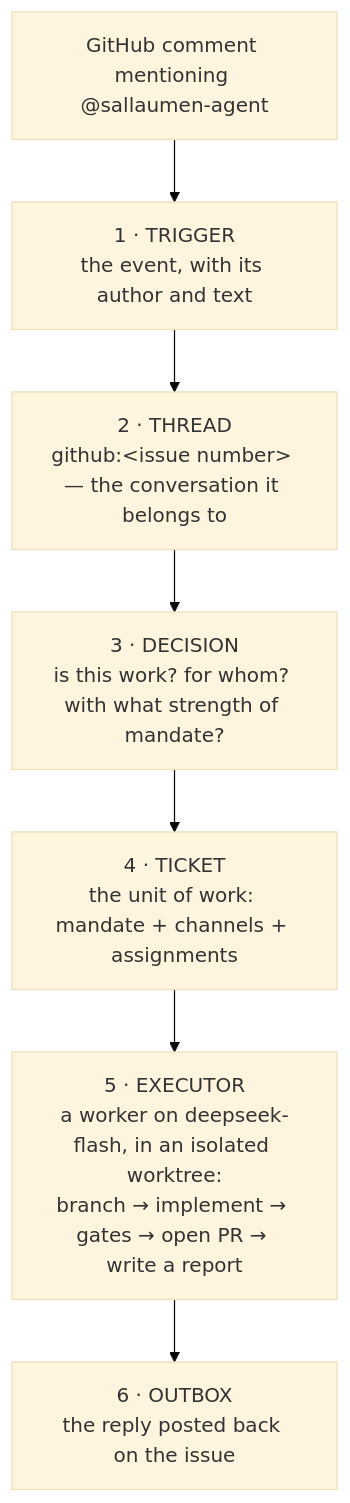
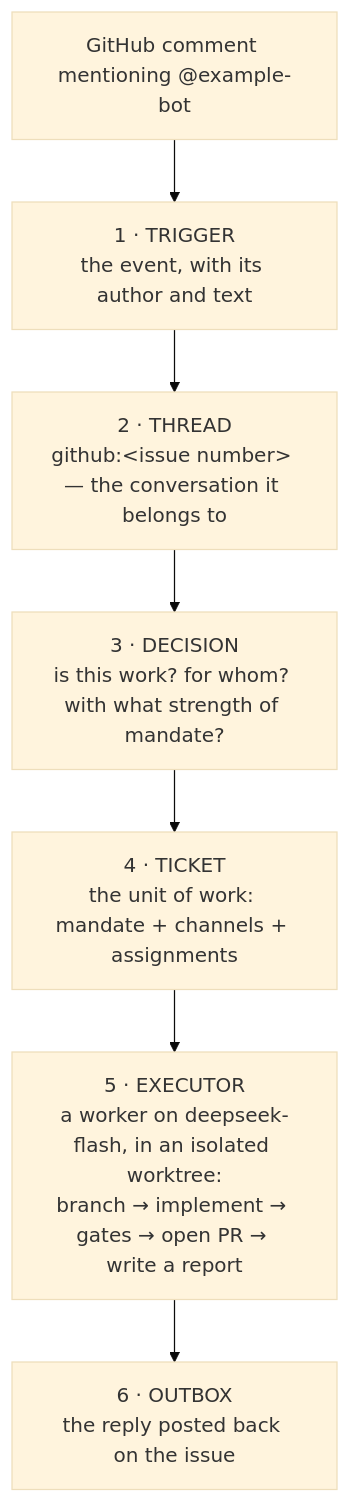
One commit to sallaumen/dsh-superagent-superboard changed the diagram in docs/agent/how-it-works.md. Above: the diagram before and after it, drawn with Mermaid (base theme). The commit also changed other lines of this file and 550 other files, not shown here.

````diff
--- a/docs/agent/how-it-works.md
+++ b/docs/agent/how-it-works.md
@@ -10,10 +10,10 @@
 ```mermaid
 flowchart TB
-    C["GitHub comment mentioning @sallaumen-agent"] --> S1
+    C["GitHub comment mentioning @example-bot"] --> S1
     S1["1 · TRIGGER<br/>the event, with its author and text"] --> S2
     S2["2 · THREAD<br/>github:&lt;issue number&gt; — the conversation it belongs to"] --> S3
     S3["3 · DECISION<br/>is this work? for whom? with what strength of mandate?"] --> S4
     S4["4 · TICKET<br/>the unit of work: mandate + channels + assignments"] --> S5
     S5["5 · EXECUTOR<br/>a worker on deepseek-flash, in an isolated worktree:<br/>branch → implement → gates → open PR → write a report"] --> S6
     S6["6 · OUTBOX<br/>the reply posted back on the issue"]
 ```
````
